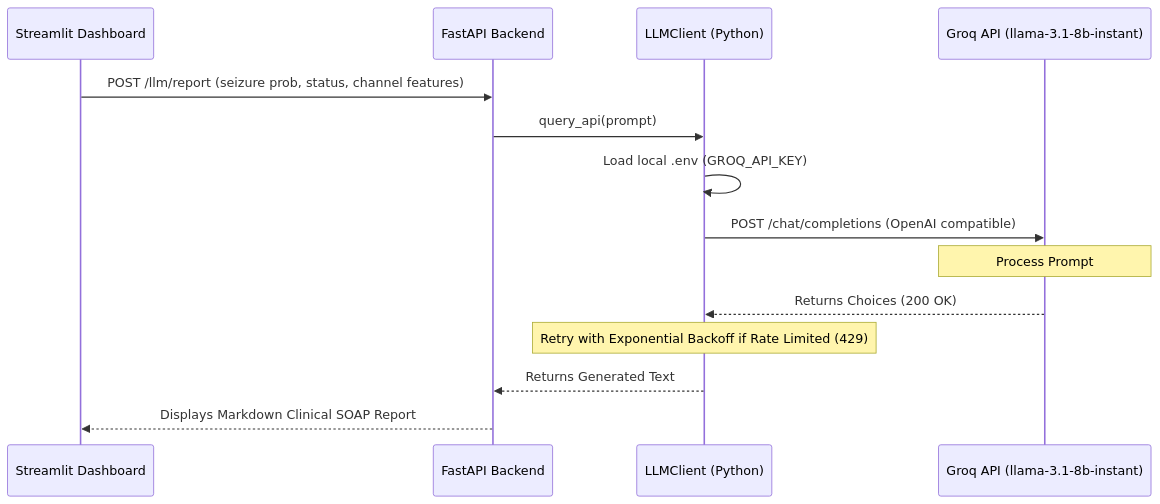
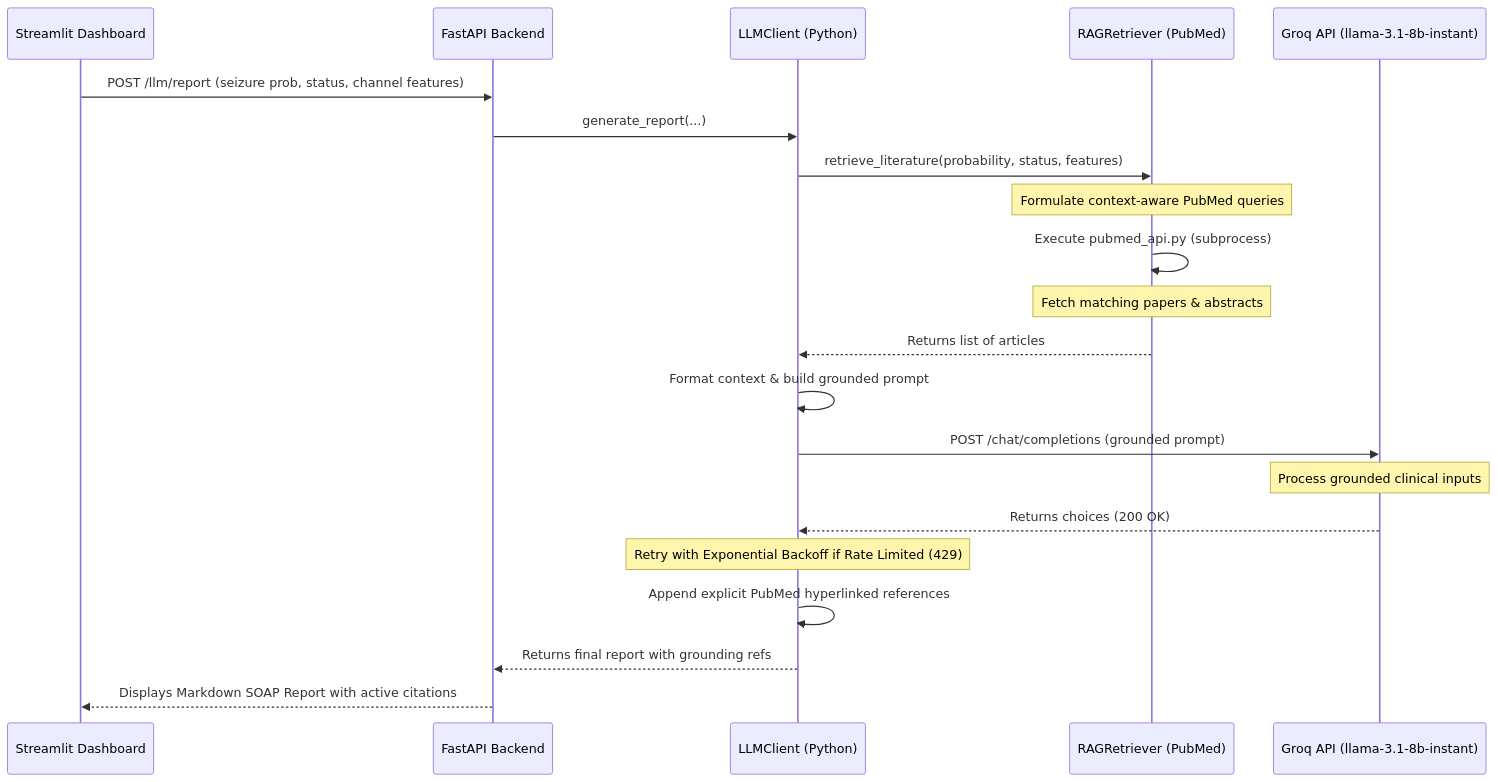
The diagram in README.md (NeuroRoy26/seizure-detection-real-time), drawn with Mermaid before and after one commit. The commit also changed other lines of this file and 34 other files, not shown here.

````diff
--- a/README.md
+++ b/README.md
@@ -52,17 +52,24 @@
 ```mermaid
 sequenceDiagram
     participant UI as Streamlit Dashboard
     participant API as FastAPI Backend
     participant Client as LLMClient (Python)
+    participant RAG as RAGRetriever (PubMed)
     participant Groq as Groq API (llama-3.1-8b-instant)
 
     UI->>API: POST /llm/report (seizure prob, status, channel features)
-    API->>Client: query_api(prompt)
-    Client->>Client: Load local .env (GROQ_API_KEY)
-    Client->>Groq: POST /chat/completions (OpenAI compatible)
-    Note over Groq: Process Prompt
-    Groq-->>Client: Returns Choices (200 OK)
+    API->>Client: generate_report(...)
+    Client->>RAG: retrieve_literature(probability, status, features)
+    Note over RAG: Formulate context-aware PubMed queries
+    RAG->>RAG: Execute pubmed_api.py (subprocess)
+    Note over RAG: Fetch matching papers & abstracts
+    RAG-->>Client: Returns list of articles
+    Client->>Client: Format context & build grounded prompt
+    Client->>Groq: POST /chat/completions (grounded prompt)
+    Note over Groq: Process grounded clinical inputs
+    Groq-->>Client: Returns choices (200 OK)
     Note over Client: Retry with Exponential Backoff if Rate Limited (429)
-    Client-->>API: Returns Generated Text
-    API-->>UI: Displays Markdown Clinical SOAP Report
+    Client->>Client: Append explicit PubMed hyperlinked references
+    Client-->>API: Returns final report with grounding refs
+    API-->>UI: Displays Markdown SOAP Report with active citations
 ```
````
